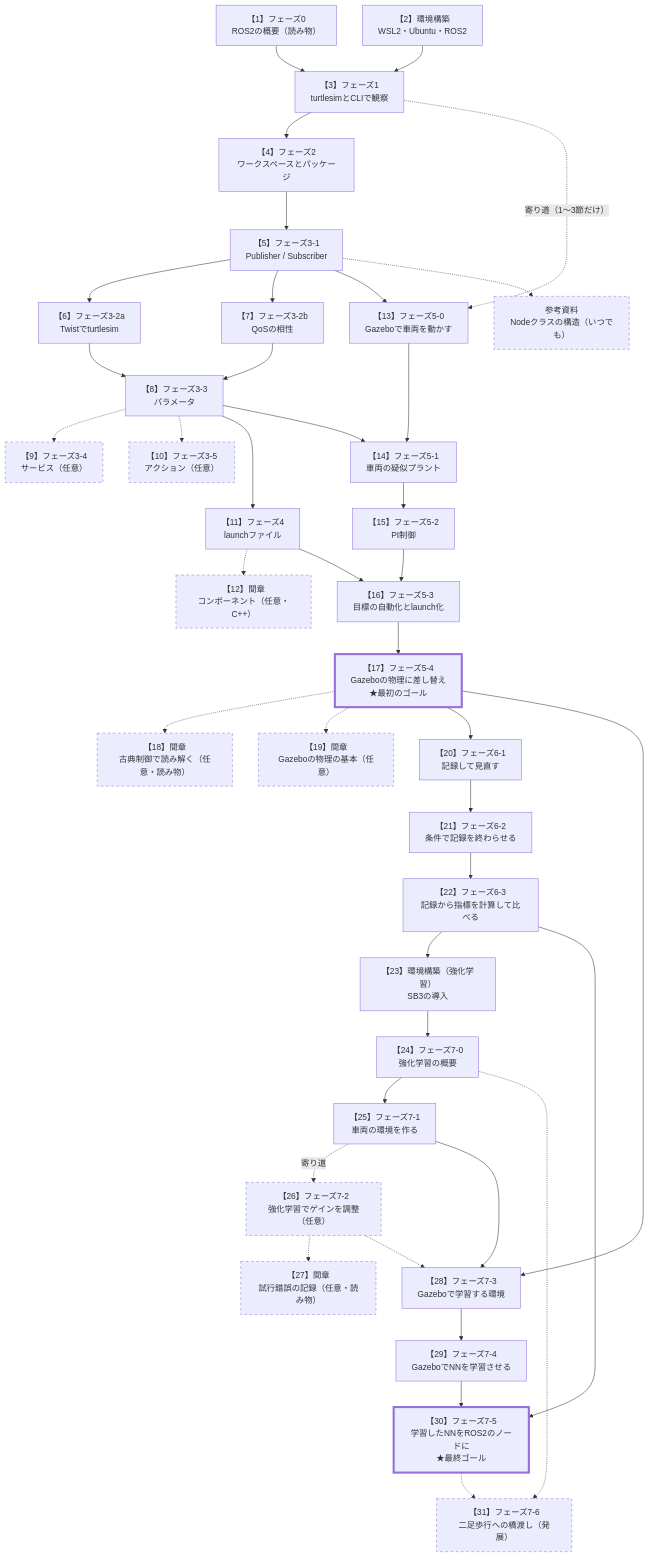
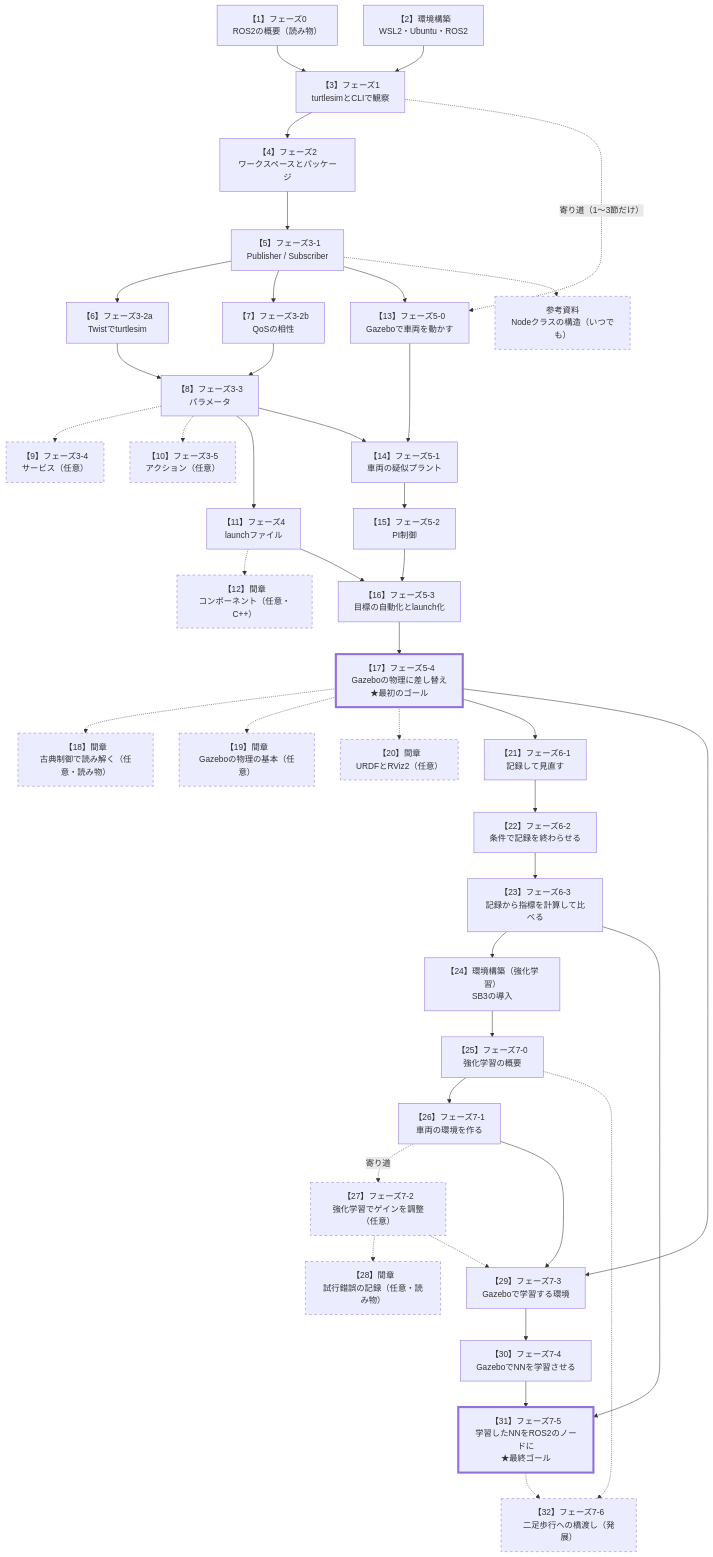
The second of 2 diagrams in README.md (SanghunIm1991/ros2MinimalPhysicalAi), drawn with Mermaid before and after one commit. The commit also changed other lines of this file and 10 other files, not shown here.

````diff
--- a/README.md
+++ b/README.md
@@ -128,47 +128,48 @@
 ```mermaid
 flowchart TB
     P0["【1】フェーズ0<br/>ROS2の概要（読み物）"] --> P1
     SETUP["【2】環境構築<br/>WSL2・Ubuntu・ROS2"] --> P1
     P1["【3】フェーズ1<br/>turtlesimとCLIで観察"] --> P2["【4】フェーズ2<br/>ワークスペースとパッケージ"]
     P2 --> P31["【5】フェーズ3-1<br/>Publisher / Subscriber"]
     P31 --> P32a["【6】フェーズ3-2a<br/>Twistでturtlesim"]
     P31 --> P32b["【7】フェーズ3-2b<br/>QoSの相性"]
     P32a --> P33["【8】フェーズ3-3<br/>パラメータ"]
     P32b --> P33
     P33 -.-> P34["【9】フェーズ3-4<br/>サービス（任意）"]
     P33 -.-> P35["【10】フェーズ3-5<br/>アクション（任意）"]
     P33 --> P4["【11】フェーズ4<br/>launchファイル"]
     P4 -.-> INT["【12】間章<br/>コンポーネント（任意・C++）"]
     P31 --> P50["【13】フェーズ5-0<br/>Gazeboで車両を動かす"]
     P1 -.->|"寄り道（1〜3節だけ）"| P50
     P33 --> P51["【14】フェーズ5-1<br/>車両の疑似プラント"]
     P50 --> P51
     P51 --> P52["【15】フェーズ5-2<br/>PI制御"]
     P4 --> P53["【16】フェーズ5-3<br/>目標の自動化とlaunch化"]
     P52 --> P53
     P53 --> P54["【17】フェーズ5-4<br/>Gazeboの物理に差し替え<br/>★最初のゴール"]
     P54 -.-> INT3["【18】間章<br/>古典制御で読み解く（任意・読み物）"]
     P54 -.-> INT4["【19】間章<br/>Gazeboの物理の基本（任意）"]
-    P54 --> P61["【20】フェーズ6-1<br/>記録して見直す"]
-    P61 --> P62["【21】フェーズ6-2<br/>条件で記録を終わらせる"]
-    P62 --> P63["【22】フェーズ6-3<br/>記録から指標を計算して比べる"]
-    P63 --> SETRL["【23】環境構築（強化学習）<br/>SB3の導入"]
-    SETRL --> P70["【24】フェーズ7-0<br/>強化学習の概要"]
-    P70 --> P71["【25】フェーズ7-1<br/>車両の環境を作る"]
-    P71 -.->|"寄り道"| P72["【26】フェーズ7-2<br/>強化学習でゲインを調整（任意）"]
-    P72 -.-> INT2["【27】間章<br/>試行錯誤の記録（任意・読み物）"]
+    P54 -.-> INT5["【20】間章<br/>URDFとRViz2（任意）"]
+    P54 --> P61["【21】フェーズ6-1<br/>記録して見直す"]
+    P61 --> P62["【22】フェーズ6-2<br/>条件で記録を終わらせる"]
+    P62 --> P63["【23】フェーズ6-3<br/>記録から指標を計算して比べる"]
+    P63 --> SETRL["【24】環境構築（強化学習）<br/>SB3の導入"]
+    SETRL --> P70["【25】フェーズ7-0<br/>強化学習の概要"]
+    P70 --> P71["【26】フェーズ7-1<br/>車両の環境を作る"]
+    P71 -.->|"寄り道"| P72["【27】フェーズ7-2<br/>強化学習でゲインを調整（任意）"]
+    P72 -.-> INT2["【28】間章<br/>試行錯誤の記録（任意・読み物）"]
     P54 --> P73
-    P71 --> P73["【28】フェーズ7-3<br/>Gazeboで学習する環境"]
+    P71 --> P73["【29】フェーズ7-3<br/>Gazeboで学習する環境"]
     P72 -.-> P73
-    P73 --> P74["【29】フェーズ7-4<br/>GazeboでNNを学習させる"]
+    P73 --> P74["【30】フェーズ7-4<br/>GazeboでNNを学習させる"]
     P63 --> P75
-    P74 --> P75["【30】フェーズ7-5<br/>学習したNNをROS2のノードに<br/>★最終ゴール"]
+    P74 --> P75["【31】フェーズ7-5<br/>学習したNNをROS2のノードに<br/>★最終ゴール"]
     P70 -.-> P76
-    P75 -.-> P76["【31】フェーズ7-6<br/>二足歩行への橋渡し（発展）"]
+    P75 -.-> P76["【32】フェーズ7-6<br/>二足歩行への橋渡し（発展）"]
     P31 -.-> REF["参考資料<br/>Nodeクラスの構造（いつでも）"]
 
     classDef optional stroke-dasharray: 5 5
     classDef goal stroke-width: 4px
-    class P34,P35,INT,INT3,INT4,REF,P72,INT2,P76 optional
+    class P34,P35,INT,INT3,INT4,INT5,REF,P72,INT2,P76 optional
     class P54,P75 goal
 ```
````
